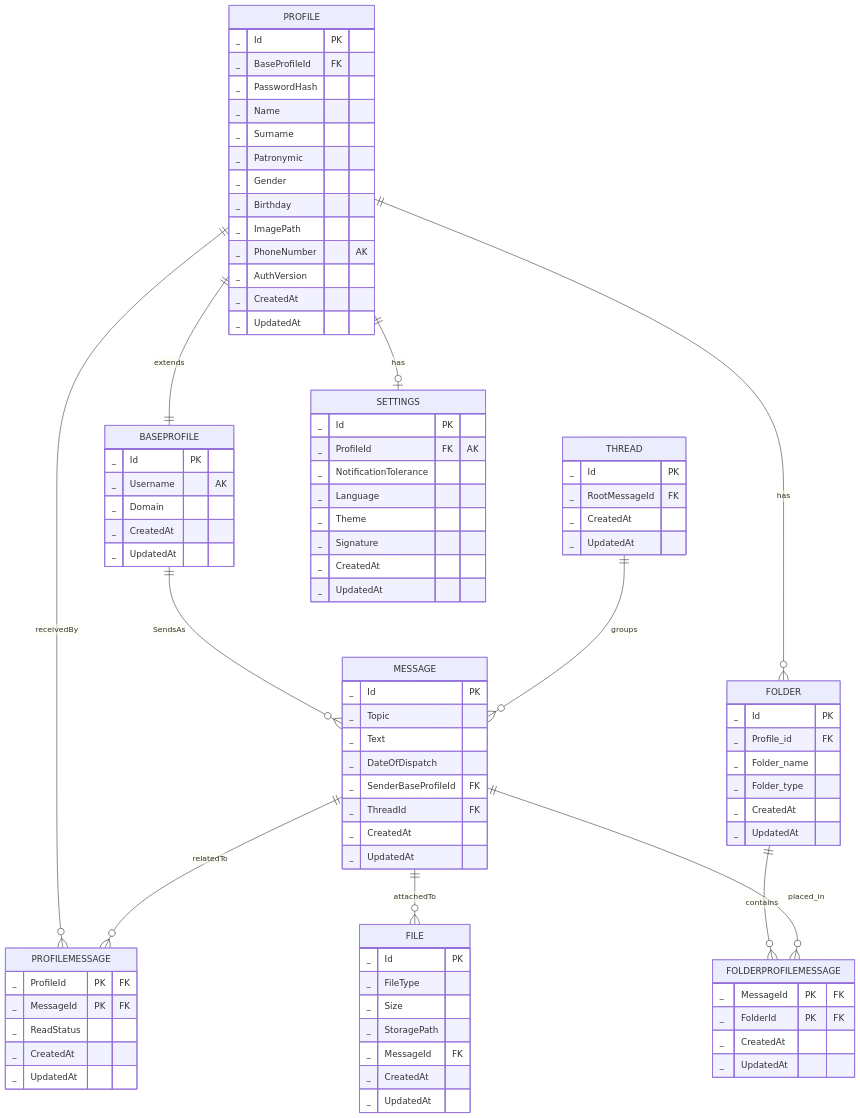
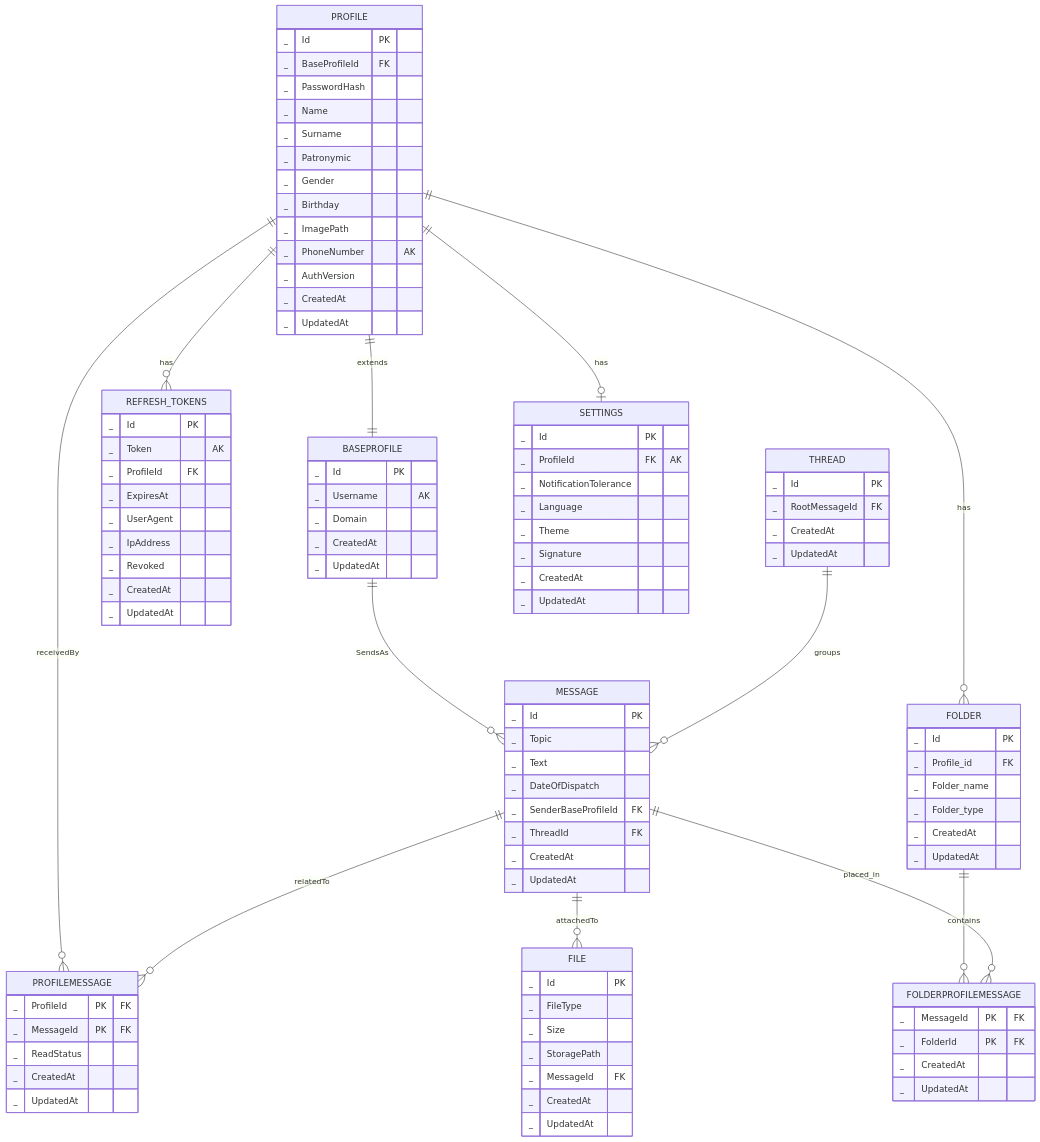
Before and after one commit to go-park-mail-ru/2025_2_A4Code: the second of 2 diagrams in db/normalized/RELATIONS.md, drawn with Mermaid. The commit also changed other lines of this file and 3 other files, not shown here.

```diff
--- a/db/normalized/RELATIONS.md
+++ b/db/normalized/RELATIONS.md
@@ -126,6 +141,17 @@
         _ ImagePath
         _ PhoneNumber "AK"
         _ AuthVersion
+        _ CreatedAt
+        _ UpdatedAt
+    }
+    REFRESH_TOKENS {
+        _ Id PK
+        _ Token "AK"
+        _ ProfileId FK
+        _ ExpiresAt
+        _ UserAgent
+        _ IpAddress
+        _ Revoked
         _ CreatedAt
         _ UpdatedAt
     }
@@ -187,6 +213,7 @@
     }
 
     PROFILE ||--o| SETTINGS : "has"
+    PROFILE ||--o{ REFRESH_TOKENS : "has"
     MESSAGE ||--o{ PROFILEMESSAGE : "relatedTo"
     PROFILE ||--o{ PROFILEMESSAGE : "receivedBy"
     PROFILE ||--o{ FOLDER : "has"
```
